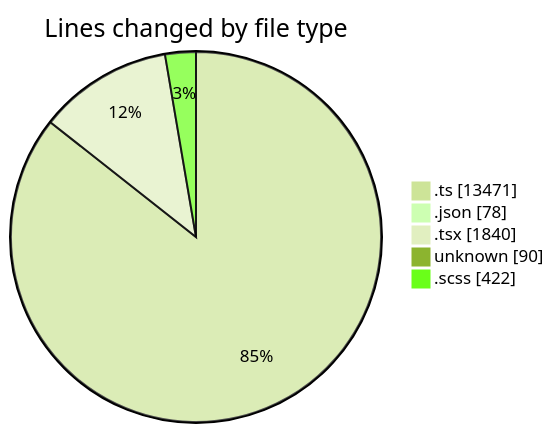
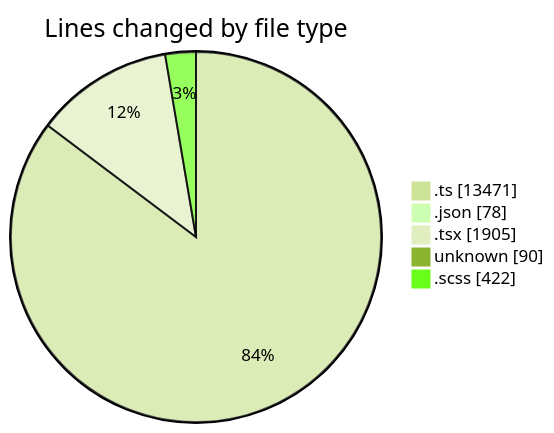
Before and after one commit to momahboobian/code-tracking: the first of 2 diagrams in 2025-08-29/cda/README.md, drawn with Mermaid (forest theme). The commit also changed other lines of this file and 1 other file, not shown here.

````diff
--- a/2025-08-29/cda/README.md
+++ b/2025-08-29/cda/README.md
@@ -33,9 +33,9 @@
 ```mermaid
 pie showData
 title Lines changed by file type
 ".ts" : 13471
 ".json" : 78
-".tsx" : 1840
+".tsx" : 1905
 "unknown" : 90
 ".scss" : 422
 ```
````
